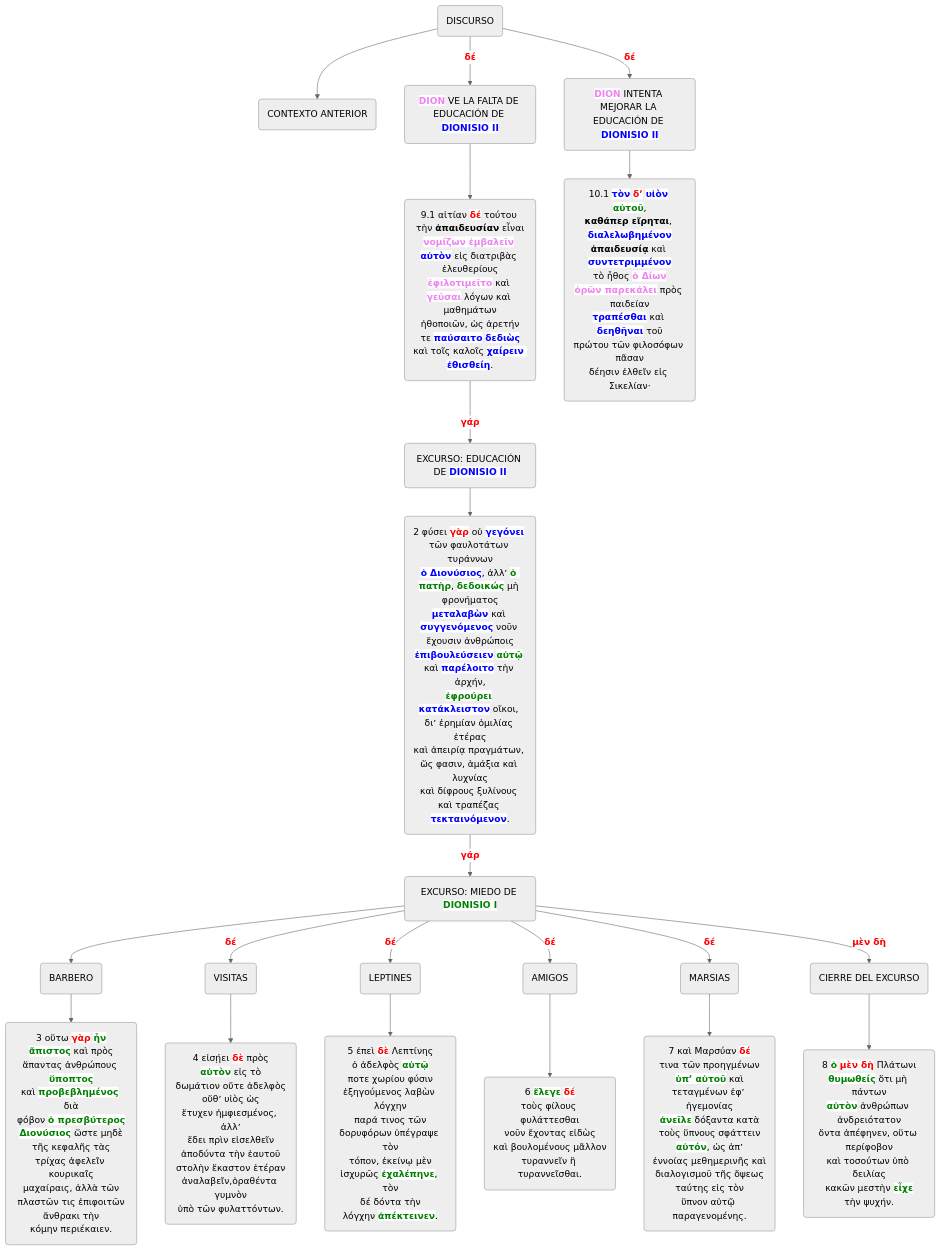
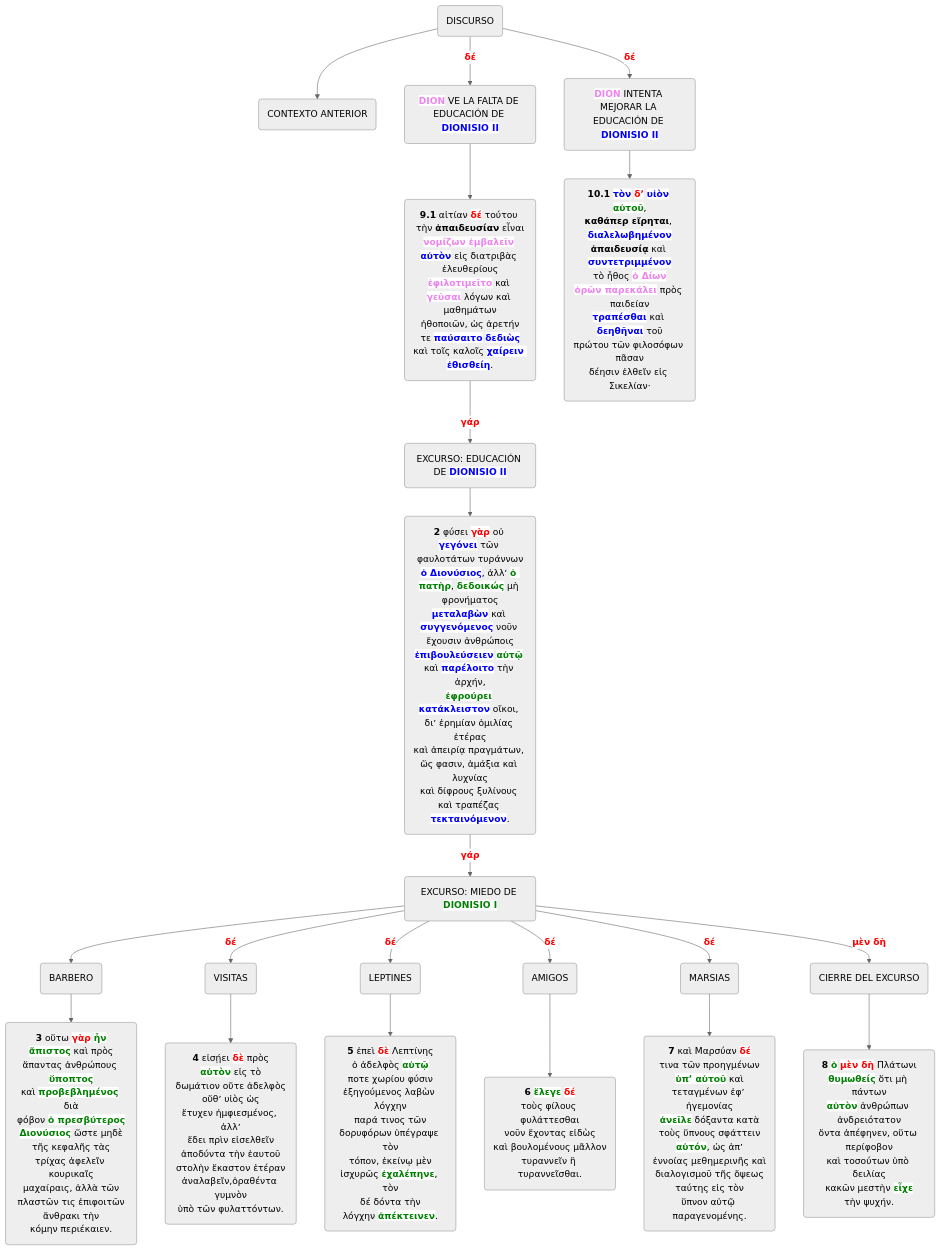
Before and after one commit to pajaro1966/Asignaturas: the first of 2 diagrams in docs/Plutarch_Dion/Discurso/Dion_10_01.md, drawn with Mermaid (neutral theme). The commit also changed other lines of this file and 5 other files, not shown here.

````diff
--- a/docs/Plutarch_Dion/Discurso/Dion_10_01.md
+++ b/docs/Plutarch_Dion/Discurso/Dion_10_01.md
@@ -3,32 +3,32 @@
 ```mermaid
 graph TB
 
 A("DISCURSO")
 
 A-->B("CONTEXTO ANTERIOR")
 
 A-->|"<b style="background-color: white;color: red;">δέ</b>"|C("<b style="background-color: white;color: violet;">DION</b> VE LA FALTA DE EDUCACIÓN DE <b style="background-color: white;color: blue;">DIONISIO II</b>")
 
-C-->C1("9.1 αἰτίαν <b style="background-color: white;color: red;">δέ</b> τούτου τὴν <b>ἀπαιδευσίαν</b> εἶναι<br><b style="background-color: white;color: violet;">νομίζων ἐμβαλεῖν</b> <b style="background-color: white;color: blue;">αὐτὸν</b> εἰς διατριβὰς ἐλευθερίους<br><b style="background-color: white;color: violet;">ἐφιλοτιμεῖτο</b> καὶ <b style="background-color: white;color: violet;">γεῦσαι</b> λόγων καὶ μαθημάτων<br> ἠθοποιῶν, ὡς ἀρετήν τε <b style="background-color: white;color: blue;">παύσαιτο</b> <b style="background-color: white;color: blue;">δεδιὼς</b><br>καὶ τοῖς καλοῖς <b style="background-color: white;color: blue;">χαίρειν ἐθισθείη</b>.")
+C-->C1("<b>9.1</b> αἰτίαν <b style="background-color: white;color: red;">δέ</b> τούτου τὴν <b>ἀπαιδευσίαν</b> εἶναι<br><b style="background-color: white;color: violet;">νομίζων ἐμβαλεῖν</b> <b style="background-color: white;color: blue;">αὐτὸν</b> εἰς διατριβὰς ἐλευθερίους<br><b style="background-color: white;color: violet;">ἐφιλοτιμεῖτο</b> καὶ <b style="background-color: white;color: violet;">γεῦσαι</b> λόγων καὶ μαθημάτων<br> ἠθοποιῶν, ὡς ἀρετήν τε <b style="background-color: white;color: blue;">παύσαιτο</b> <b style="background-color: white;color: blue;">δεδιὼς</b><br>καὶ τοῖς καλοῖς <b style="background-color: white;color: blue;">χαίρειν ἐθισθείη</b>.")
 
 C1-->|"<b style="background-color: white;color: red;">γάρ</b>"|C2("EXCURSO: EDUCACIÓN DE <b style="background-color: white;color: blue;">DIONISIO II</b>")
 
-C2-->C3("2 φύσει <b style="background-color: white;color: red;">γὰρ</b> οὐ <b style="background-color: white;color: blue;">γεγόνει</b> τῶν φαυλοτάτων τυράννων<br><b style="background-color: white;color: blue;">ὁ Διονύσιος</b>, ἀλλʼ <b style="background-color: white;color: green;">ὁ πατὴρ</b>, <b style="background-color: white;color: green;">δεδοικώς</b> μὴ φρονήματος<br><b style="background-color: white;color: blue;">μεταλαβὼν</b> καὶ <b style="background-color: white;color: blue;">συγγενόμενος</b> νοῦν ἔχουσιν ἀνθρώποις<br><b style="background-color: white;color: blue;">ἐπιβουλεύσειεν</b> <b style="background-color: white;color: green;">αὐτῷ</b> καὶ <b style="background-color: white;color: blue;">παρέλοιτο</b> τὴν ἀρχήν,<br><b style="background-color: white;color: green;">ἐφρούρει</b> <b style="background-color: white;color: blue;">κατάκλειστον</b> οἴκοι, διʼ ἐρημίαν ὁμιλίας ἑτέρας<br>καὶ ἀπειρίᾳ πραγμάτων, ὥς φασιν, ἁμάξια καὶ λυχνίας<br>καὶ δίφρους ξυλίνους καὶ τραπέζας <b style="background-color: white;color: blue;">τεκταινόμενον</b>.")
+C2-->C3("<b>2</b> φύσει <b style="background-color: white;color: red;">γὰρ</b> οὐ <b style="background-color: white;color: blue;">γεγόνει</b> τῶν φαυλοτάτων τυράννων<br><b style="background-color: white;color: blue;">ὁ Διονύσιος</b>, ἀλλʼ <b style="background-color: white;color: green;">ὁ πατὴρ</b>, <b style="background-color: white;color: green;">δεδοικώς</b> μὴ φρονήματος<br><b style="background-color: white;color: blue;">μεταλαβὼν</b> καὶ <b style="background-color: white;color: blue;">συγγενόμενος</b> νοῦν ἔχουσιν ἀνθρώποις<br><b style="background-color: white;color: blue;">ἐπιβουλεύσειεν</b> <b style="background-color: white;color: green;">αὐτῷ</b> καὶ <b style="background-color: white;color: blue;">παρέλοιτο</b> τὴν ἀρχήν,<br><b style="background-color: white;color: green;">ἐφρούρει</b> <b style="background-color: white;color: blue;">κατάκλειστον</b> οἴκοι, διʼ ἐρημίαν ὁμιλίας ἑτέρας<br>καὶ ἀπειρίᾳ πραγμάτων, ὥς φασιν, ἁμάξια καὶ λυχνίας<br>καὶ δίφρους ξυλίνους καὶ τραπέζας <b style="background-color: white;color: blue;">τεκταινόμενον</b>.")
 
 C3-->|"<b style="background-color: white;color: red;">γάρ</b>"|D("EXCURSO: MIEDO DE <b style="background-color: white;color: green;">DIONISIO I</b>")
 
-D-->D1("BARBERO")-->D11("3 οὕτω <b class="particl"><b style="background-color: white;color: red;">γὰρ</b></b> <b style="background-color: white;color: green;">ἦν</b><br><b style="background-color: white;color: green;">ἄπιστος</b> καὶ πρὸς<br>ἅπαντας ἀνθρώπους <b style="background-color: white;color: green;">ὕποπτος</b><br>καὶ <b style="background-color: white;color: green;">προβεβλημένος</b> διὰ<br>φόβον <b style="background-color: white;color: green;">ὁ πρεσβύτερος</b><br><b style="background-color: white;color: green;">Διονύσιος</b> ὥστε μηδὲ<br>τῆς κεφαλῆς τὰς<br>τρίχας ἀφελεῖν κουρικαῖς<br>μαχαίραις, ἀλλὰ τῶν<br>πλαστῶν τις ἐπιφοιτῶν<br>ἄνθρακι τὴν<br>κόμην περιέκαιεν.")
+D-->D1("BARBERO")-->D11("<b>3</b> οὕτω <b class="particl"><b style="background-color: white;color: red;">γὰρ</b></b> <b style="background-color: white;color: green;">ἦν</b><br><b style="background-color: white;color: green;">ἄπιστος</b> καὶ πρὸς<br>ἅπαντας ἀνθρώπους <b style="background-color: white;color: green;">ὕποπτος</b><br>καὶ <b style="background-color: white;color: green;">προβεβλημένος</b> διὰ<br>φόβον <b style="background-color: white;color: green;">ὁ πρεσβύτερος</b><br><b style="background-color: white;color: green;">Διονύσιος</b> ὥστε μηδὲ<br>τῆς κεφαλῆς τὰς<br>τρίχας ἀφελεῖν κουρικαῖς<br>μαχαίραις, ἀλλὰ τῶν<br>πλαστῶν τις ἐπιφοιτῶν<br>ἄνθρακι τὴν<br>κόμην περιέκαιεν.")
 
-D-->|"<b style="background-color: white;color: red;">δέ</b>"|D2("VISITAS")-->D21("4 εἰσῄει <b style="background-color: white;color: red;">δὲ</b> πρὸς<br><b style="background-color: white;color: green;">αὐτὸν</b> εἰς τὸ<br>δωμάτιον οὔτε ἀδελφὸς<br>οὔθʼ υἱὸς ὡς<br>ἔτυχεν ἠμφιεσμένος, ἀλλʼ<br>ἔδει πρὶν εἰσελθεῖν<br>ἀποδύντα τὴν ἑαυτοῦ<br>στολὴν ἕκαστον ἑτέραν<br>ἀναλαβεῖν,ὁραθέντα γυμνὸν<br>ὑπὸ τῶν φυλαττόντων.")
+D-->|"<b style="background-color: white;color: red;">δέ</b>"|D2("VISITAS")-->D21("<b>4</b> εἰσῄει <b style="background-color: white;color: red;">δὲ</b> πρὸς<br><b style="background-color: white;color: green;">αὐτὸν</b> εἰς τὸ<br>δωμάτιον οὔτε ἀδελφὸς<br>οὔθʼ υἱὸς ὡς<br>ἔτυχεν ἠμφιεσμένος, ἀλλʼ<br>ἔδει πρὶν εἰσελθεῖν<br>ἀποδύντα τὴν ἑαυτοῦ<br>στολὴν ἕκαστον ἑτέραν<br>ἀναλαβεῖν,ὁραθέντα γυμνὸν<br>ὑπὸ τῶν φυλαττόντων.")
 
-D-->|"<b style="background-color: white;color: red;">δέ</b>"|D3("LEPTINES")-->D31("5 ἐπεὶ <b style="background-color: white;color: red;">δὲ</b> Λεπτίνης<br>ὁ ἀδελφὸς <b style="background-color: white;color: green;">αὐτῷ</b><br>ποτε χωρίου φύσιν<br>ἐξηγούμενος λαβὼν λόγχην<br>παρά τινος τῶν<br>δορυφόρων ὑπέγραψε τὸν<br>τόπον, ἐκείνῳ μὲν<br>ἰσχυρῶς <b style="background-color: white;color: green;">ἐχαλέπηνε</b>, τὸν<br>δέ δόντα τὴν<br>λόγχην <b style="background-color: white;color: green;">ἀπέκτεινεν</b>.")
+D-->|"<b style="background-color: white;color: red;">δέ</b>"|D3("LEPTINES")-->D31("<b>5</b> ἐπεὶ <b style="background-color: white;color: red;">δὲ</b> Λεπτίνης<br>ὁ ἀδελφὸς <b style="background-color: white;color: green;">αὐτῷ</b><br>ποτε χωρίου φύσιν<br>ἐξηγούμενος λαβὼν λόγχην<br>παρά τινος τῶν<br>δορυφόρων ὑπέγραψε τὸν<br>τόπον, ἐκείνῳ μὲν<br>ἰσχυρῶς <b style="background-color: white;color: green;">ἐχαλέπηνε</b>, τὸν<br>δέ δόντα τὴν<br>λόγχην <b style="background-color: white;color: green;">ἀπέκτεινεν</b>.")
 
-D-->|"<b style="background-color: white;color: red;">δέ</b>"|D4("AMIGOS")-->D41("6 <b style="background-color: white;color: green;">ἔλεγε</b> <b style="background-color: white;color: red;">δέ</b><br>τοὺς φίλους φυλάττεσθαι<br>νοῦν ἔχοντας εἰδὼς<br>καὶ βουλομένους μᾶλλον<br>τυραννεῖν ἢ τυραννεῖσθαι.")
+D-->|"<b style="background-color: white;color: red;">δέ</b>"|D4("AMIGOS")-->D41("<b>6</b> <b style="background-color: white;color: green;">ἔλεγε</b> <b style="background-color: white;color: red;">δέ</b><br>τοὺς φίλους φυλάττεσθαι<br>νοῦν ἔχοντας εἰδὼς<br>καὶ βουλομένους μᾶλλον<br>τυραννεῖν ἢ τυραννεῖσθαι.")
 
-D-->|"<b style="background-color: white;color: red;">δέ</b>"|D5("MARSIAS")-->D51("7 καὶ Μαρσύαν <b style="background-color: white;color: red;">δέ</b><br>τινα τῶν προηγμένων<br><b style="background-color: white;color: green;">ὑπʼ αὐτοῦ</b> καὶ<br>τεταγμένων ἐφʼ ἡγεμονίας<br><b style="background-color: white;color: green;">ἀνεῖλε</b> δόξαντα κατὰ<br>τοὺς ὕπνους σφάττειν<br><b style="background-color: white;color: green;">αὐτόν</b>, ὡς ἀπʼ<br>ἐννοίας μεθημερινῆς καὶ<br>διαλογισμοῦ τῆς ὄψεως<br>ταύτης εἰς τὸν<br>ὕπνον αὐτῷ παραγενομένης.")
+D-->|"<b style="background-color: white;color: red;">δέ</b>"|D5("MARSIAS")-->D51("<b>7</b> καὶ Μαρσύαν <b style="background-color: white;color: red;">δέ</b><br>τινα τῶν προηγμένων<br><b style="background-color: white;color: green;">ὑπʼ αὐτοῦ</b> καὶ<br>τεταγμένων ἐφʼ ἡγεμονίας<br><b style="background-color: white;color: green;">ἀνεῖλε</b> δόξαντα κατὰ<br>τοὺς ὕπνους σφάττειν<br><b style="background-color: white;color: green;">αὐτόν</b>, ὡς ἀπʼ<br>ἐννοίας μεθημερινῆς καὶ<br>διαλογισμοῦ τῆς ὄψεως<br>ταύτης εἰς τὸν<br>ὕπνον αὐτῷ παραγενομένης.")
 
-D-->|"<b style="background-color: white;color: red;">μὲν δὴ</b>"|D6("CIERRE DEL EXCURSO")-->D61("8 <b style="background-color: white;color: green;">ὁ</b> <b style="background-color: white;color: red;">μὲν δὴ</b> Πλάτωνι<br><b style="background-color: white;color: green;">θυμωθείς</b> ὅτι μὴ πάντων<br><b style="background-color: white;color: green;">αὐτὸν</b> ἀνθρώπων ἀνδρειότατον<br>ὄντα ἀπέφηνεν, οὕτω περίφοβον<br>καὶ τοσούτων ὑπὸ δειλίας<br>κακῶν μεστὴν <b style="background-color: white;color: green;">εἶχε</b><br>τὴν ψυχήν.")
+D-->|"<b style="background-color: white;color: red;">μὲν δὴ</b>"|D6("CIERRE DEL EXCURSO")-->D61("<b>8</b> <b style="background-color: white;color: green;">ὁ</b> <b style="background-color: white;color: red;">μὲν δὴ</b> Πλάτωνι<br><b style="background-color: white;color: green;">θυμωθείς</b> ὅτι μὴ πάντων<br><b style="background-color: white;color: green;">αὐτὸν</b> ἀνθρώπων ἀνδρειότατον<br>ὄντα ἀπέφηνεν, οὕτω περίφοβον<br>καὶ τοσούτων ὑπὸ δειλίας<br>κακῶν μεστὴν <b style="background-color: white;color: green;">εἶχε</b><br>τὴν ψυχήν.")
 
-A-->|"<b style="background-color: white;color: red;">δέ</b>"|E("<b style="background-color: white;color: violet;">DION</b> INTENTA MEJORAR LA EDUCACIÓN DE <b style="background-color: white;color: blue;">DIONISIO II</b>")-->E1("10.1 <b style="background-color: white;color: blue;">τὸν</b> <b style="background-color: white;color: red;">δʼ</b> <b style="background-color: white;color: blue;">υἱὸν</b> <b style="background-color: white;color: green;">αὐτοῦ</b>,<br><b>καθάπερ εἴρηται</b>, <b style="background-color: white;color: blue;">διαλελωβημένον</b><br><b>ἀπαιδευσίᾳ</b> καὶ <b style="background-color: white;color: blue;">συντετριμμένον</b><br>τὸ ἦθος <b style="background-color: white;color: violet;">ὁ Δίων</b><br><b style="background-color: white;color: violet;">ὁρῶν παρεκάλει</b> πρὸς παιδείαν<br><b style="background-color: white;color: blue;">τραπέσθαι</b> καὶ <b style="background-color: white;color: blue;">δεηθῆναι</b> τοῦ<br>πρώτου τῶν φιλοσόφων πᾶσαν<br>δέησιν ἐλθεῖν εἰς Σικελίαν·")
+A-->|"<b style="background-color: white;color: red;">δέ</b>"|E("<b style="background-color: white;color: violet;">DION</b> INTENTA MEJORAR LA EDUCACIÓN DE <b style="background-color: white;color: blue;">DIONISIO II</b>")-->E1("<b>10.1</b> <b style="background-color: white;color: blue;">τὸν</b> <b style="background-color: white;color: red;">δʼ</b> <b style="background-color: white;color: blue;">υἱὸν</b> <b style="background-color: white;color: green;">αὐτοῦ</b>,<br><b>καθάπερ εἴρηται</b>, <b style="background-color: white;color: blue;">διαλελωβημένον</b><br><b>ἀπαιδευσίᾳ</b> καὶ <b style="background-color: white;color: blue;">συντετριμμένον</b><br>τὸ ἦθος <b style="background-color: white;color: violet;">ὁ Δίων</b><br><b style="background-color: white;color: violet;">ὁρῶν παρεκάλει</b> πρὸς παιδείαν<br><b style="background-color: white;color: blue;">τραπέσθαι</b> καὶ <b style="background-color: white;color: blue;">δεηθῆναι</b> τοῦ<br>πρώτου τῶν φιλοσόφων πᾶσαν<br>δέησιν ἐλθεῖν εἰς Σικελίαν·")
 
 ```
````
